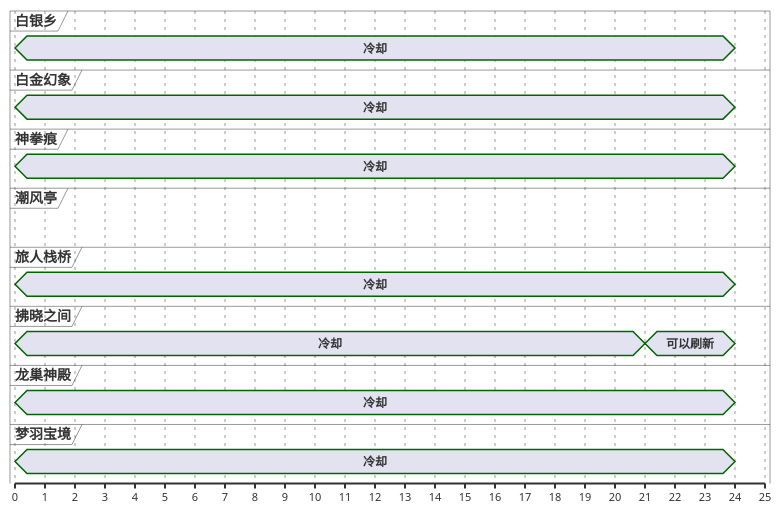
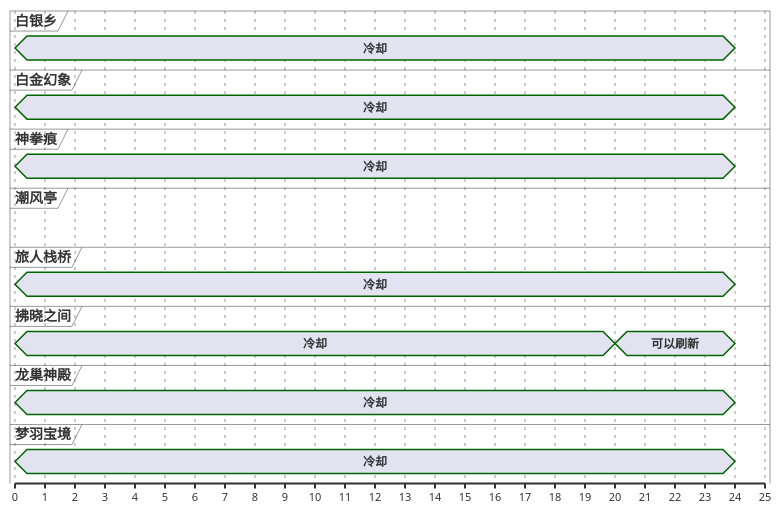
The second of 13 diagrams in ffxiv/hunt/2.0/Croque-mitaine.md (Eroleice/doc-pi), drawn with PlantUML before and after one commit. The commit also changed other lines of this file and 38 other files, not shown here.

````diff
--- a/ffxiv/hunt/2.0/Croque-mitaine.md
+++ b/ffxiv/hunt/2.0/Croque-mitaine.md
@@ -89,44 +89,44 @@
 ```plantuml
 @startuml
 scale 1 as 30 pixels
 
 concise 白银乡
 concise 白金幻象
 concise 神拳痕
 concise 潮风亭
 concise 旅人栈桥
 concise 拂晓之间
 concise 龙巢神殿
 concise 梦羽宝境
 
 @拂晓之间
 0 is 冷却
-21 is 可以刷新
+20 is 可以刷新
 24 is {hidden}
 
 @旅人栈桥
 0 is 冷却
 24 is {hidden}
 
 @神拳痕
 0 is 冷却
 24 is {hidden}
 
 @白金幻象
 0 is 冷却
 24 is {hidden}
 
 @白银乡
 0 is 冷却
 24 is {hidden}
 
 @梦羽宝境
 0 is 冷却
 24 is {hidden}
 
 @龙巢神殿
 0 is 冷却
 24 is {hidden}
 
 @enduml
 ```
````
